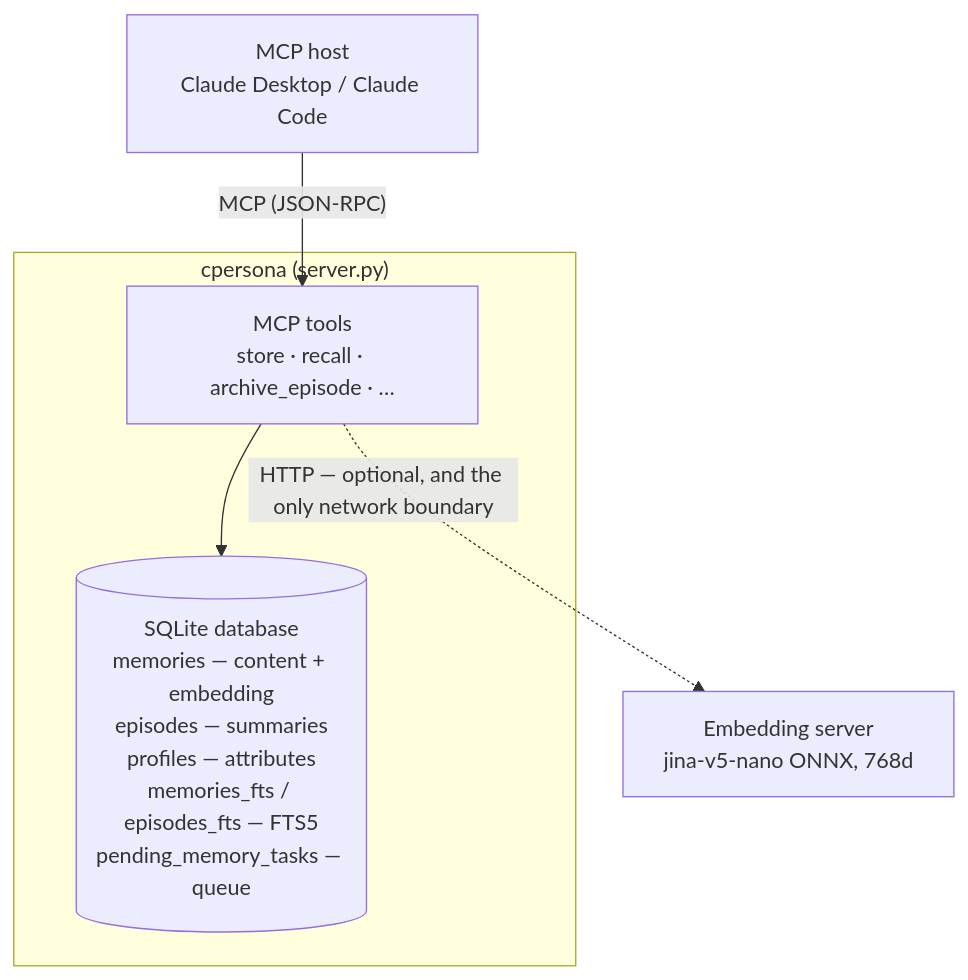
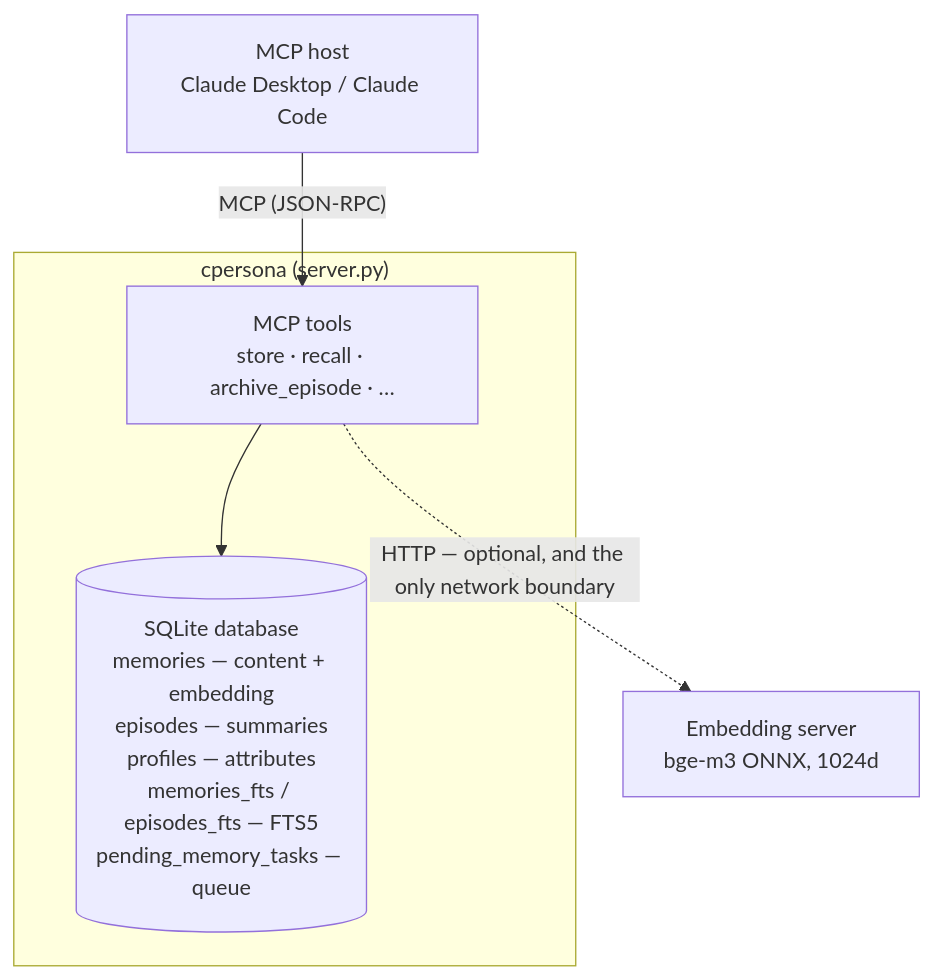
One commit to Cloto-dev/CPersona changed the first of 2 diagrams in docs/architecture.md. Above: the diagram before and after it, drawn with Mermaid. The commit also changed 9 other files, not shown here.

First line of the commit message:
Recommend bge-m3 as the embedding model, for its license

````diff
--- a/docs/architecture.md
+++ b/docs/architecture.md
@@ -10,12 +10,12 @@
 ```mermaid
 flowchart TB
     host["MCP host<br>Claude Desktop / Claude Code"]
     subgraph cp["cpersona (server.py)"]
         tools["MCP tools<br>store · recall · archive_episode · …"]
         db[("SQLite database<br>memories — content + embedding<br>episodes — summaries<br>profiles — attributes<br>memories_fts / episodes_fts — FTS5<br>pending_memory_tasks — queue")]
         tools --> db
     end
-    embed["Embedding server<br>jina-v5-nano ONNX, 768d"]
+    embed["Embedding server<br>bge-m3 ONNX, 1024d"]
     host -- "MCP (JSON-RPC)" --> tools
     tools -. "HTTP — optional, and the only network boundary" .-> embed
 ```
````
